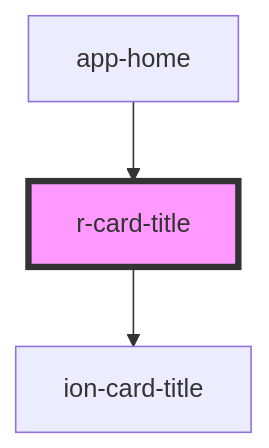
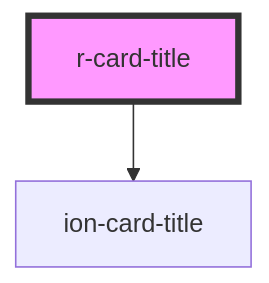
One commit to refactico/design-system changed the diagram in src/components/r-card-title/readme.md. Above: the diagram before and after it, drawn with Mermaid. The commit also changed other lines of this file and 27 other files, not shown here.

First line of the commit message:
chore: update component dependencies and documentation for app-home

````diff
--- a/src/components/r-card-title/readme.md
+++ b/src/components/r-card-title/readme.md
@@ -26,6 +22,5 @@
 ```mermaid
 graph TD;
   r-card-title --> ion-card-title
-  app-home --> r-card-title
   style r-card-title fill:#f9f,stroke:#333,stroke-width:4px
 ```
````
